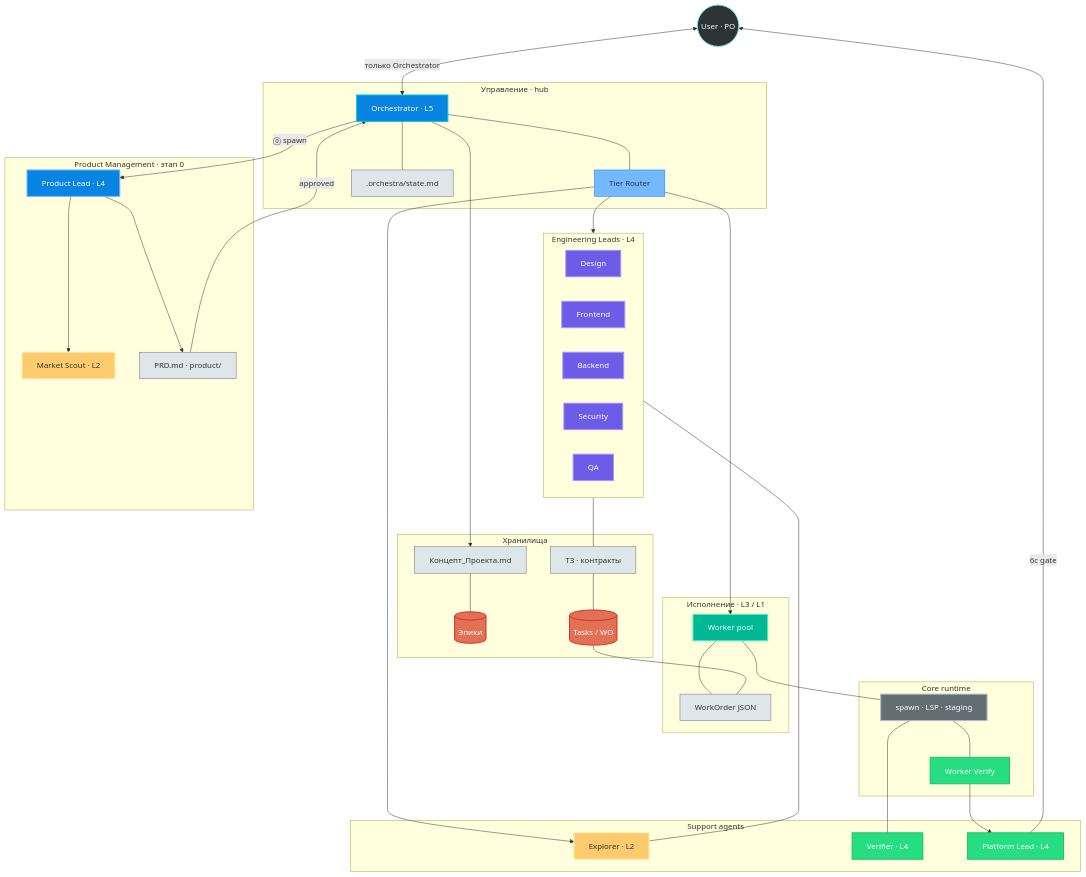
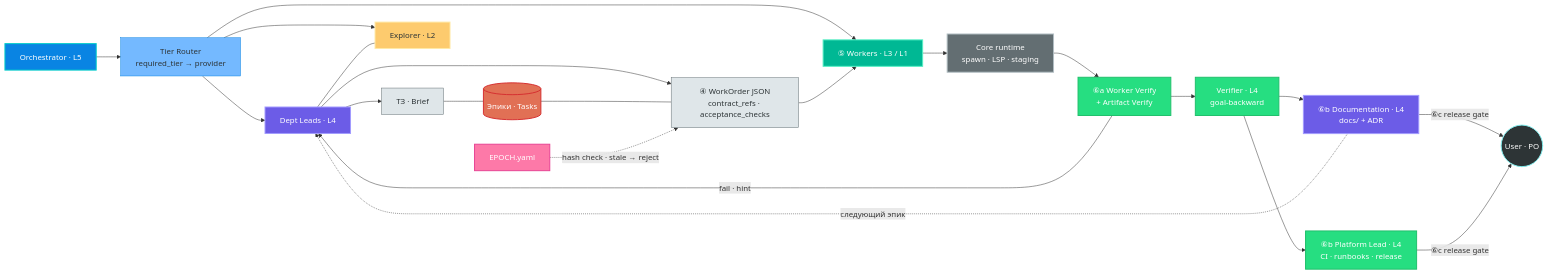
One commit to GreyKxtx/Orchestra changed the third of 21 diagrams in docs/architecture/orchestra-routing.md. Above: the diagram before and after it, drawn with Mermaid. The commit also changed other lines of this file and 108 other files, not shown here.

First line of the commit message:
feat(orchestra): vNext SDLC runtime — gates, contract epoch, question barrier, tier labels

````diff
--- a/docs/architecture/orchestra-routing.md
+++ b/docs/architecture/orchestra-routing.md
@@ -36,83 +240,51 @@
 ```mermaid
-flowchart TB
+flowchart LR
     classDef user fill:#2d3436,stroke:#81ecec,stroke-width:2px,color:#fff
     classDef orch fill:#0984e3,stroke:#00cec9,stroke-width:2px,color:#fff
-    classDef pm fill:#0984e3,stroke:#74b9ff,stroke-width:2px,color:#fff
     classDef router fill:#74b9ff,stroke:#0984e3,color:#2d3436
     classDef dept fill:#6c5ce7,stroke:#a29bfe,stroke-width:2px,color:#fff
     classDef scout fill:#fdcb6e,stroke:#ffeaa7,stroke-width:2px,color:#2d3436
     classDef worker fill:#00b894,stroke:#55efc4,stroke-width:2px,color:#fff
     classDef platform fill:#636e72,stroke:#b2bec3,stroke-width:2px,color:#fff
+    classDef rt fill:#26de81,stroke:#20bf6b,stroke-width:2px,color:#fff
     classDef tracker fill:#e17055,stroke:#d63031,stroke-width:2px,color:#fff
     classDef artifact fill:#dfe6e9,stroke:#636e72,color:#2d3436
-    classDef release fill:#26de81,stroke:#20bf6b,stroke-width:2px,color:#fff
+    classDef freeze fill:#fd79a8,stroke:#e84393,stroke-width:2px,color:#fff
 
+    Orch["Orchestrator · L5"]:::orch
+    Router["Tier Router<br>required_tier → provider"]:::router
+    Leads["Dept Leads · L4"]:::dept
+    Specs["ТЗ · Brief"]:::artifact
+    Tracker[("Эпики · Tasks")]:::tracker
+    Scout["Explorer · L2"]:::scout
+    WO["④ WorkOrder JSON<br>contract_refs · acceptance_checks"]:::artifact
+    EPOCH["EPOCH.yaml"]:::freeze
+    W["⑤ Workers · L3 / L1"]:::worker
+    Runtime["Core runtime<br>spawn · LSP · staging"]:::platform
+    Gate["⑥a Worker Verify<br>+ Artifact Verify"]:::rt
+    Verifier["Verifier · L4<br>goal-backward"]:::rt
+    Docs6["⑥b Documentation · L4<br>docs/ + ADR"]:::dept
+    Plat["⑥b Platform Lead · L4<br>CI · runbooks · release"]:::rt
     User(("User · PO")):::user
 
-    subgraph CTRL["Управление · hub"]
-        Orch["Orchestrator · L5"]:::orch
-        Router["Tier Router"]:::router
-        Scratch[".orchestra/state.md"]:::artifact
-    end
-
-    subgraph PM_DEPT["Product Management · этап 0"]
-        PML["Product Lead · L4"]:::pm
-        MktScout["Market Scout · L2"]:::scout
-        PRDdoc["PRD.md · product/"]:::artifact
-    end
-
-    subgraph DEPTS["Engineering Leads · L4"]
-        direction LR
-        DL["Design"]:::dept
-        FEL["Frontend"]:::dept
-        BEL["Backend"]:::dept
-        SEL["Security"]:::dept
-        QAL["QA"]:::dept
-    end
-
-    subgraph SUPPORT["Support agents"]
-        Scout["Explorer · L2"]:::scout
-        Verifier["Verifier · L4"]:::release
-        PlatLead["Platform Lead · L4"]:::release
-    end
-
-    subgraph EXEC["Исполнение · L3 / L1"]
-        WO["WorkOrder JSON"]:::artifact
-        WPool["Worker pool"]:::worker
-    end
-
-    subgraph PLAT["Core runtime"]
-        Runtime["spawn · LSP · staging"]:::platform
-        Gate["Worker Verify"]:::release
-    end
-
-    subgraph STORE["Хранилища"]
-        TrackerE[("Эпики")]:::tracker
-        TrackerT[("Tasks / WO")]:::tracker
-        Specs["ТЗ · контракты"]:::artifact
-        Concept["Концепт_Проекта.md"]:::artifact
-    end
-
-    User <-->|"только Orchestrator"| Orch
-    Orch --- Router
-    Orch --- Scratch
-    Orch -->|"⓪ spawn"| PML
-    PML --> MktScout
-    PML --> PRDdoc
-    PRDdoc -->|"approved"| Orch
-    Router --> DEPTS
+    Orch --> Router
+    Router --> Leads
     Router --> Scout
-    Router --> WPool
-    DEPTS --- Specs
-    DEPTS --- Scout
-    WPool --- WO
-    WPool --- Runtime
-    Runtime --- Gate
-    Runtime --- Verifier
-    Gate --> PlatLead
-    PlatLead -->|"6c gate"| User
-    Concept --- TrackerE
-    Specs --- TrackerT
-    TrackerT --- WO
-    Orch --> Concept
+    Router --> W
+    Leads --- Scout
+    Leads --> Specs
+    Specs --- Tracker
+    Leads --> WO
+    Tracker --- WO
+    EPOCH -.->|"hash check · stale → reject"| WO
+    WO --> W
+    W --> Runtime
+    Runtime --> Gate
+    Gate -->|"fail · hint"| Leads
+    Gate --> Verifier
+    Verifier --> Docs6
+    Verifier --> Plat
+    Docs6 -->|"⑥c release gate"| User
+    Plat -->|"⑥c release gate"| User
+    Docs6 -.->|"следующий эпик"| Leads
 ```
````
